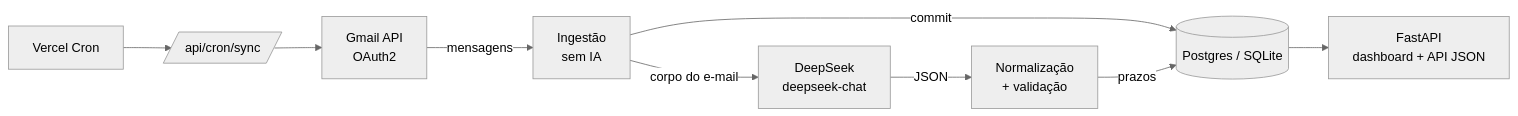
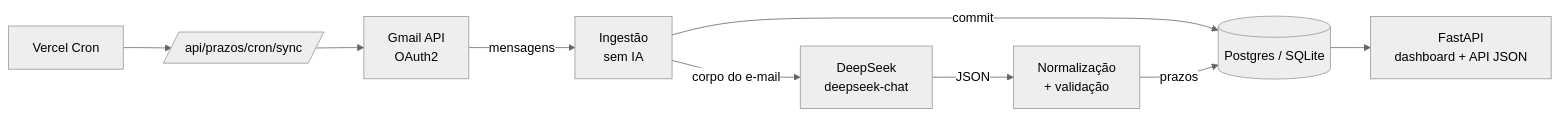
One commit to Dangerdrive/produtividade-juridica changed the second of 3 diagrams in README.md. Above: the diagram before and after it, drawn with Mermaid (neutral theme). The commit also changed other lines of this file and 94 other files, not shown here.

````diff
--- a/README.md
+++ b/README.md
@@ -33,11 +59,11 @@
 ```mermaid
 flowchart LR
     A[Gmail API<br/>OAuth2] -->|mensagens| B[Ingestão<br/>sem IA]
     B -->|commit| DB[(Postgres / SQLite)]
     B -->|corpo do e-mail| C[DeepSeek<br/>deepseek-chat]
     C -->|JSON| D[Normalização<br/>+ validação]
     D -->|prazos| DB
     DB --> E[FastAPI<br/>dashboard + API JSON]
-    F[Vercel Cron] --> G[/api/cron/sync/]
+    F[Vercel Cron] --> G[/api/prazos/cron/sync/]
     G --> A
 ```
````
